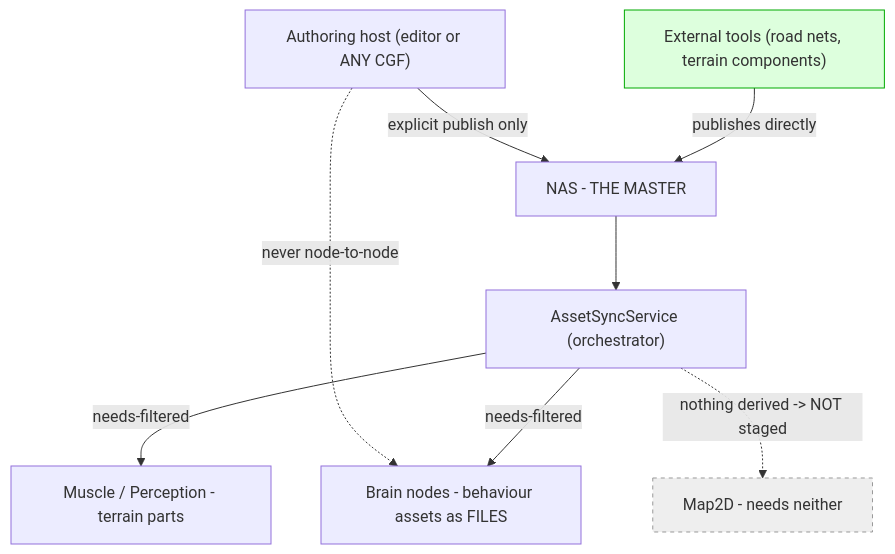
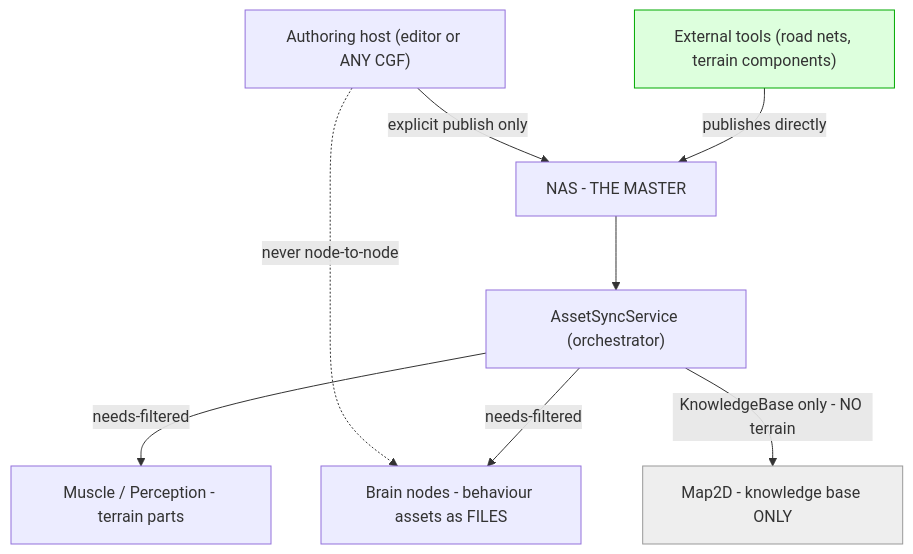
One commit to pjanec/HROT changed the fourth of 4 diagrams in docs/DESIGN_Asset_Management.md. Above: the diagram before and after it, drawn with Mermaid. The commit also changed other lines of this file and 1 other file, not shown here.

````diff
--- a/docs/DESIGN_Asset_Management.md
+++ b/docs/DESIGN_Asset_Management.md
@@ -195,19 +242,19 @@
 ```mermaid
 graph TD
     EXT["External tools (road nets, terrain components)"]
     NAS["NAS - THE MASTER"]
     AUTH["Authoring host (editor or ANY CGF)"]
     SY["AssetSyncService (orchestrator)"]
     BRAIN["Brain nodes - behaviour assets as FILES"]
     MUSCLE["Muscle / Perception - terrain parts"]
-    MAP["Map2D - needs neither"]
+    MAP["Map2D - knowledge base ONLY"]
     EXT -->|publishes directly| NAS
     AUTH -->|explicit publish only| NAS
     NAS --> SY
     SY -->|needs-filtered| BRAIN
     SY -->|needs-filtered| MUSCLE
-    SY -.->|"nothing derived -> NOT staged"| MAP
+    SY -->|"KnowledgeBase only - NO terrain"| MAP
     AUTH -.->|"never node-to-node"| BRAIN
-    style MAP fill:#eee,stroke:#999,stroke-dasharray: 4 4
+    style MAP fill:#eee,stroke:#999
     style EXT fill:#dfd,stroke:#0a0
 ```
````
